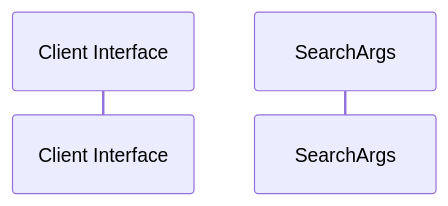
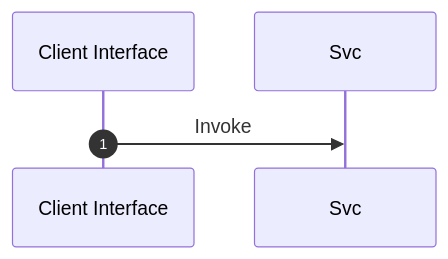
The second of 2 diagrams in openwiki/src/infrastructure/tools/search.md (lgcorzo/fastapi-autogen-team), drawn with Mermaid before and after one commit. The commit also changed other lines of this file and 22 other files, not shown here.

````diff
--- a/openwiki/src/infrastructure/tools/search.md
+++ b/openwiki/src/infrastructure/tools/search.md
@@ -56,6 +58,6 @@
 ```mermaid
 sequenceDiagram
     autonumber
     participant Caller as Client Interface
-    participant Svc as SearchArgs
+    Caller->>Svc: Invoke
 ```
````
